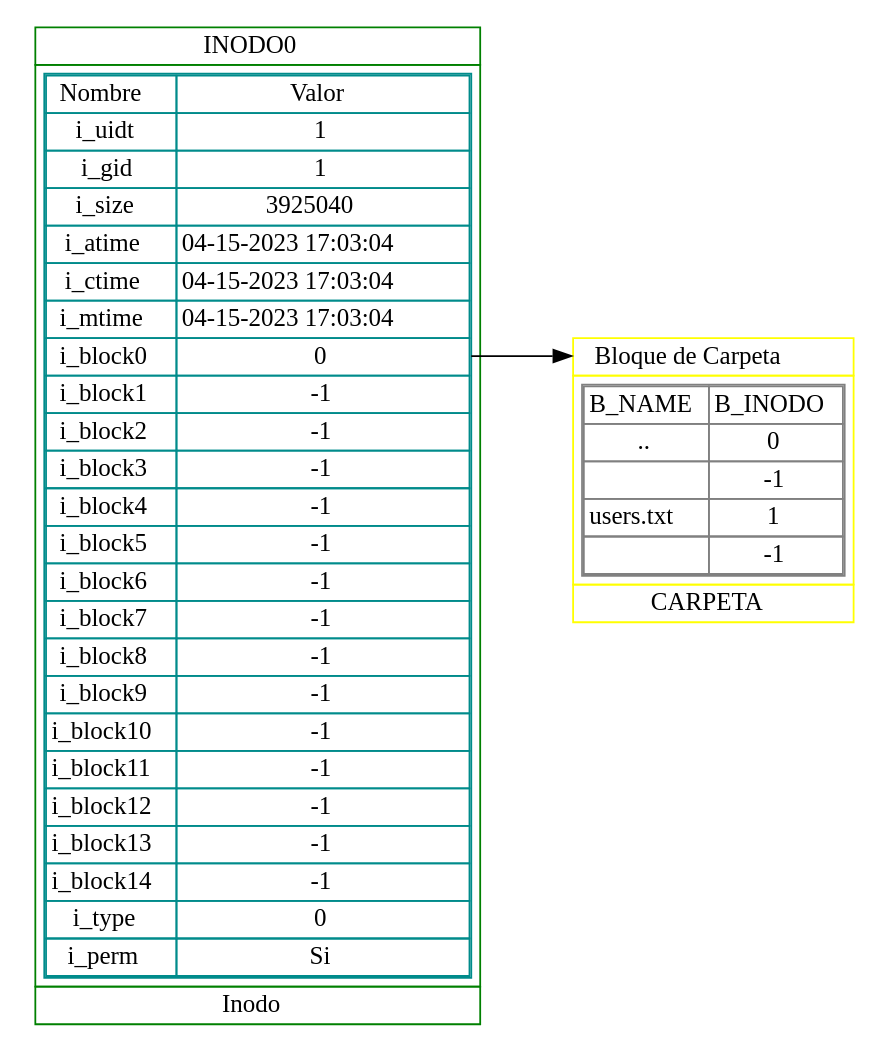
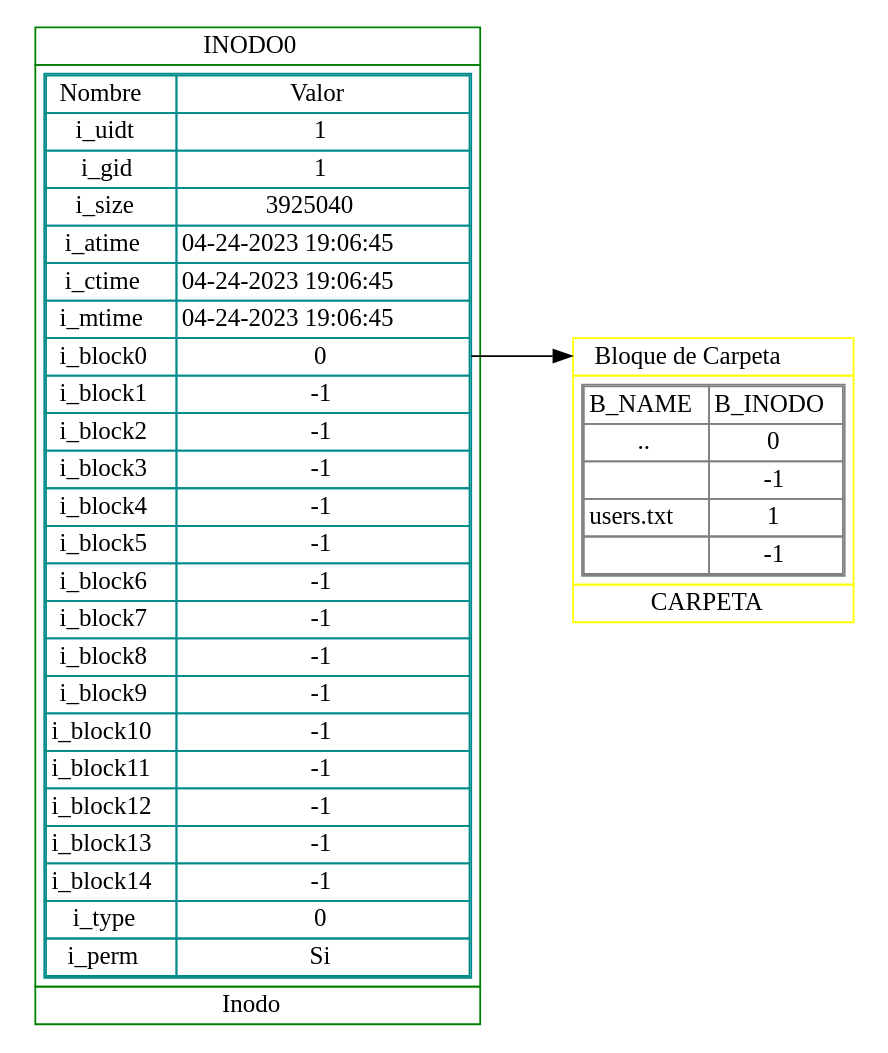
One commit to Gerson7w7/MIA_Proyecto2_202000166 changed the diagram in backend/reporte1.dot. Above: the diagram before and after it, drawn with Graphviz. The commit also changed 7 other files, not shown here.

```diff
--- a/backend/reporte1.dot
+++ b/backend/reporte1.dot
@@ -1,59 +1,59 @@
 digraph {
 rankdir=LR;
  Inodo0 [
 shape=plaintext
 label=<
 <table border='0' cellborder='1' color='green' cellspacing='0'>
 <tr><td PORT = 'I0' >INODO0</td></tr>
 <tr><td cellpadding='4'>
 <table color='cyan4' cellspacing='0'>
 <tr><td>Nombre</td><td>Valor</td></tr>
 <tr><td>i_uidt</td><td>1</td></tr>
 <tr><td>i_gid</td><td>1</td></tr>
 <tr><td>i_size</td><td>3925040</td></tr>
-<tr><td>i_atime</td><td> 04-15-2023 17:03:04 </td></tr>
-<tr><td>i_ctime</td><td> 04-15-2023 17:03:04 </td></tr>
-<tr><td>i_mtime</td><td> 04-15-2023 17:03:04 </td></tr>
+<tr><td>i_atime</td><td> 04-24-2023 19:06:45 </td></tr>
+<tr><td>i_ctime</td><td> 04-24-2023 19:06:45 </td></tr>
+<tr><td>i_mtime</td><td> 04-24-2023 19:06:45 </td></tr>
 <tr><td>i_block0</td><td PORT = 'B0'>0</td></tr>
 <tr><td>i_block1</td><td >-1</td></tr>
 <tr><td>i_block2</td><td >-1</td></tr>
 <tr><td>i_block3</td><td >-1</td></tr>
 <tr><td>i_block4</td><td >-1</td></tr>
 <tr><td>i_block5</td><td >-1</td></tr>
 <tr><td>i_block6</td><td >-1</td></tr>
 <tr><td>i_block7</td><td >-1</td></tr>
 <tr><td>i_block8</td><td >-1</td></tr>
 <tr><td>i_block9</td><td >-1</td></tr>
 <tr><td>i_block10</td><td >-1</td></tr>
 <tr><td>i_block11</td><td >-1</td></tr>
 <tr><td>i_block12</td><td >-1</td></tr>
 <tr><td>i_block13</td><td >-1</td></tr>
 <tr><td>i_block14</td><td >-1</td></tr>
 <tr><td>i_type</td><td>0</td></tr>
 <tr><td>i_perm</td><td>Si</td></tr>
 </table>
 </td>
 </tr>
 <tr><td>Inodo</td></tr>
 </table> >];
 
 Inodo0:B0 -> Bloque0:BL0;
 Bloque0 [
 shape=plaintext
 label=<
 <table border='0' cellborder='1' color='yellow' cellspacing='0'>
 <tr><td PORT ='BL0'>Bloque de Carpeta</td></tr>
 <tr><td cellpadding='4'>
 <table color='gray' cellspacing='0'>
 <tr><td>B_NAME</td><td>B_INODO</td></tr>
 <tr><td>..</td><td >0</td></tr>
 <tr><td></td><td >-1</td></tr>
 <tr><td>users.txt</td><td >1</td></tr>
 <tr><td></td><td >-1</td></tr>
 </table>
 </td>
 </tr>
 <tr><td>CARPETA</td></tr>
 </table>
  >];
 }
```
